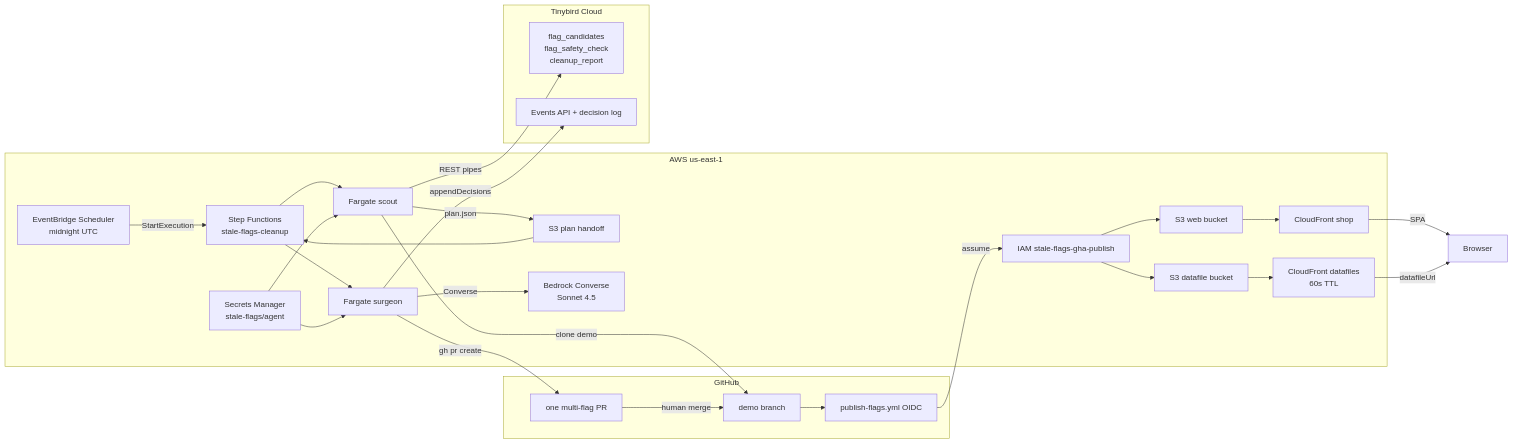
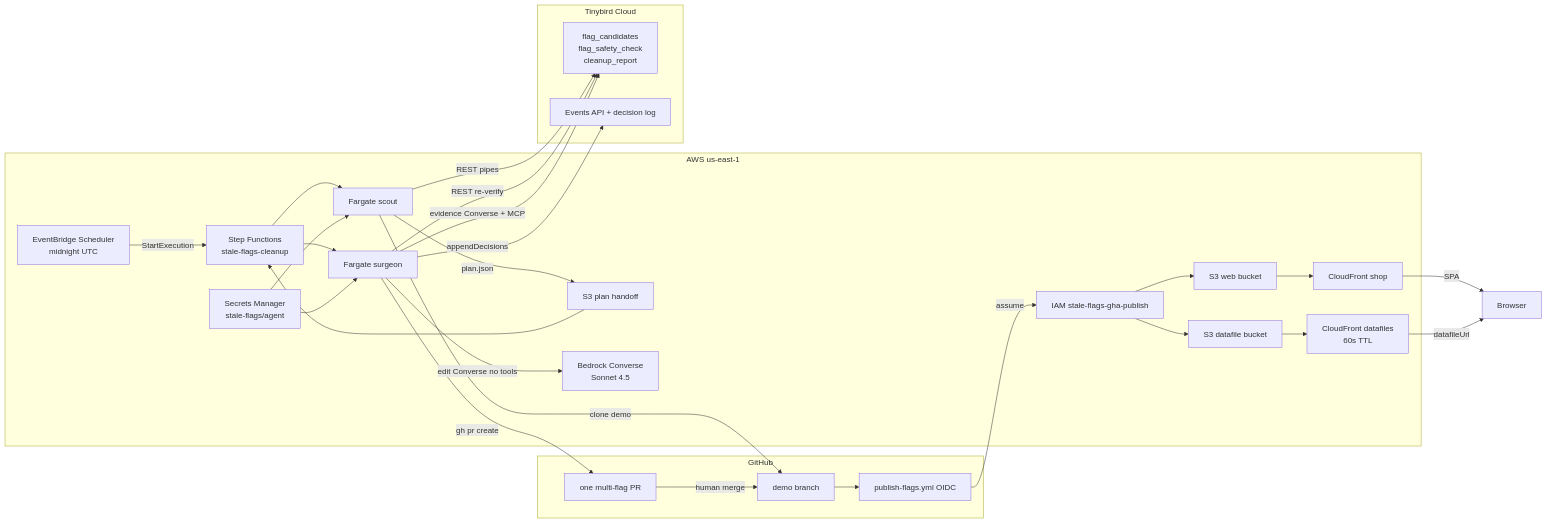
One commit to lucamezzalira/stale-flag-cleanup changed the second of 3 diagrams in README.md. Above: the diagram before and after it, drawn with Mermaid. The commit also changed other lines of this file and 9 other files, not shown here.

````diff
--- a/README.md
+++ b/README.md
@@ -89,50 +94,52 @@
 ```mermaid
 flowchart LR
   subgraph github [GitHub]
     DEMO[demo branch]
     PR[one multi-flag PR]
     GHA[publish-flags.yml OIDC]
   end
 
   subgraph aws [AWS us-east-1]
     SCH[EventBridge Scheduler<br/>midnight UTC]
     SFN[Step Functions<br/>stale-flags-cleanup]
     ScoutECS[Fargate scout]
     SurgECS[Fargate surgeon]
     S3R[S3 plan handoff]
     SM[Secrets Manager<br/>stale-flags/agent]
     BR[Bedrock Converse<br/>Sonnet 4.5]
     S3W[S3 web bucket]
     S3D[S3 datafile bucket]
     CFW[CloudFront shop]
     CFD[CloudFront datafiles<br/>60s TTL]
     ROLE[IAM stale-flags-gha-publish]
   end
 
   subgraph tb [Tinybird Cloud]
     PIPES[flag_candidates<br/>flag_safety_check<br/>cleanup_report]
     EV[Events API + decision log]
   end
 
   SCH -->|StartExecution| SFN
   SFN --> ScoutECS
   SFN --> SurgECS
   SM --> ScoutECS
   SM --> SurgECS
   ScoutECS -->|clone demo| DEMO
   ScoutECS -->|REST pipes| PIPES
   ScoutECS -->|plan.json| S3R
   S3R --> SFN
-  SurgECS -->|Converse| BR
+  SurgECS -->|REST re-verify| PIPES
+  SurgECS -->|edit Converse no tools| BR
+  SurgECS -->|evidence Converse + MCP| PIPES
   SurgECS -->|gh pr create| PR
   SurgECS -->|appendDecisions| EV
   PR -->|human merge| DEMO
   DEMO --> GHA
   GHA -->|assume| ROLE
   ROLE --> S3W
   ROLE --> S3D
   S3W --> CFW
   S3D --> CFD
   CFW -->|SPA| USER[Browser]
   CFD -->|datafileUrl| USER
 ```
````
